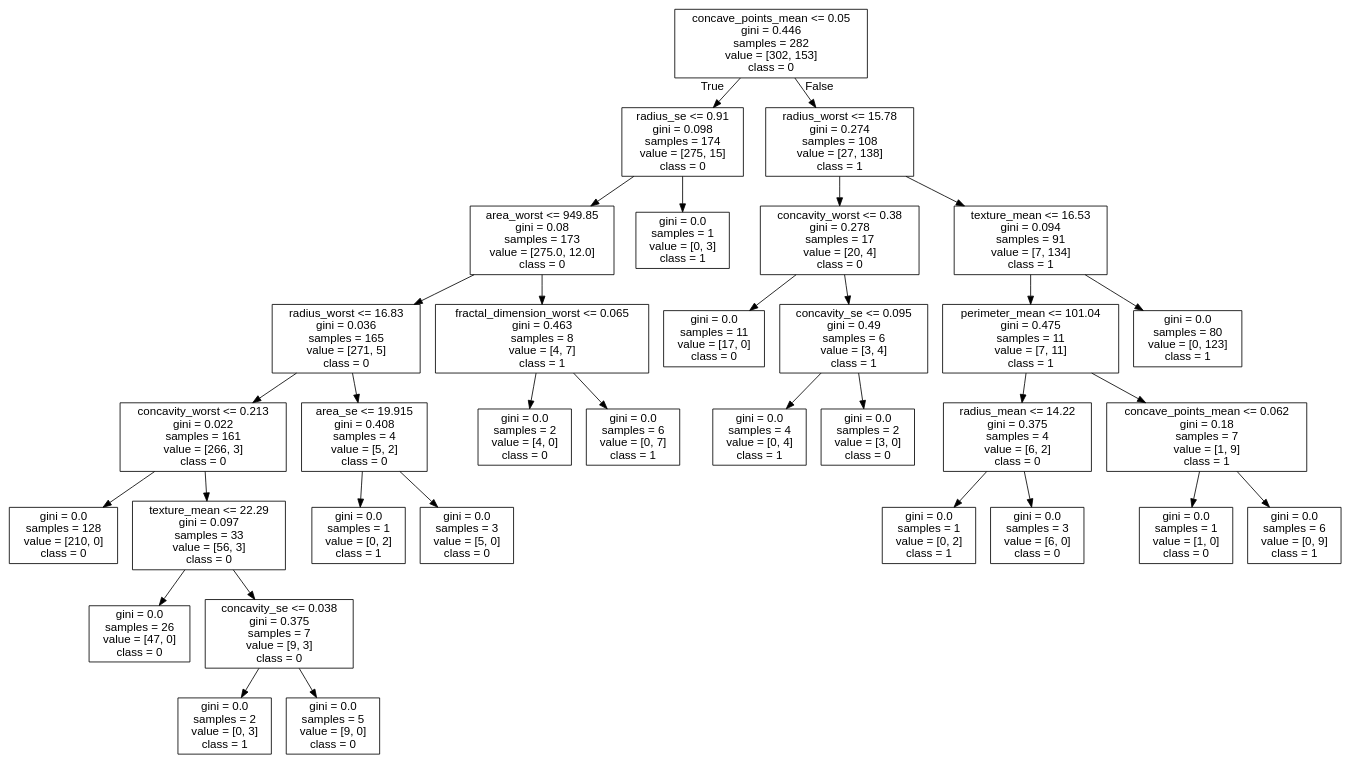
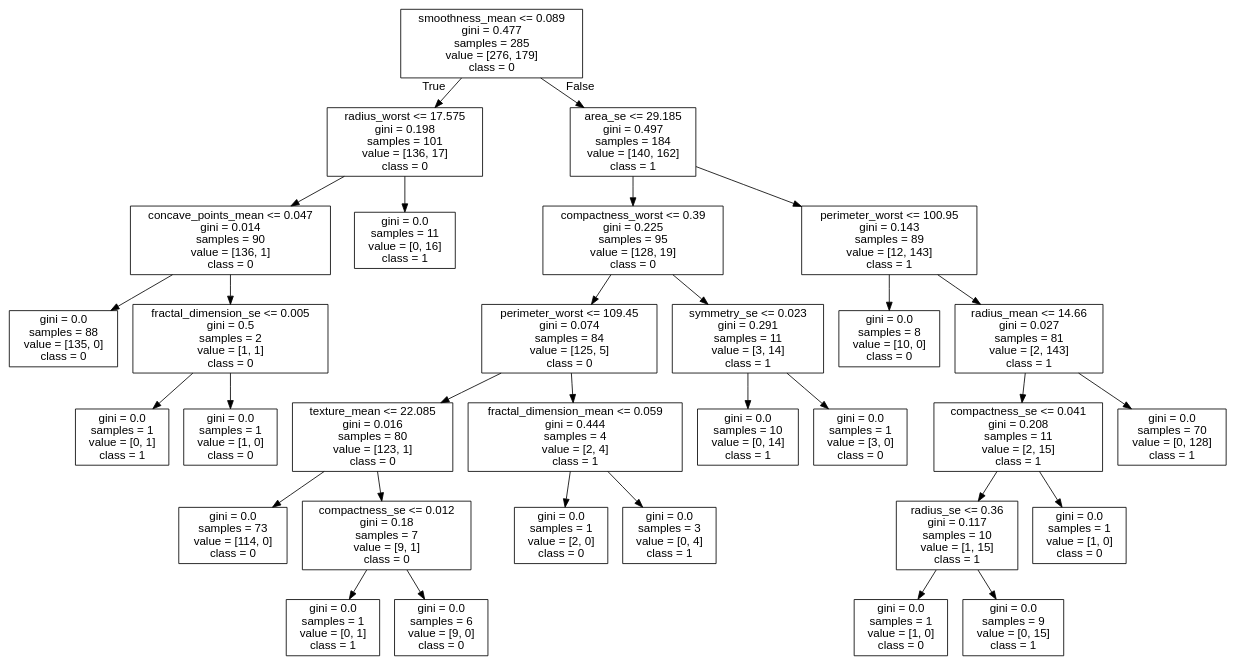
One commit to cyrilvincent/mlops changed the diagram in data/cancer/tree.dot. Above: the diagram before and after it, drawn with Graphviz. The commit also changed 20 other files, not shown here.

```diff
--- a/data/cancer/tree.dot
+++ b/data/cancer/tree.dot
@@ -1,69 +1,65 @@
 digraph Tree {
 node [shape=box, fontname="helvetica"] ;
 edge [fontname="helvetica"] ;
-0 [label="concave_points_mean <= 0.05\ngini = 0.446\nsamples = 282\nvalue = [302, 153]\nclass = 0"] ;
-1 [label="radius_se <= 0.91\ngini = 0.098\nsamples = 174\nvalue = [275, 15]\nclass = 0"] ;
+0 [label="smoothness_mean <= 0.089\ngini = 0.477\nsamples = 285\nvalue = [276, 179]\nclass = 0"] ;
+1 [label="radius_worst <= 17.575\ngini = 0.198\nsamples = 101\nvalue = [136, 17]\nclass = 0"] ;
 0 -> 1 [labeldistance=2.5, labelangle=45, headlabel="True"] ;
-2 [label="area_worst <= 949.85\ngini = 0.08\nsamples = 173\nvalue = [275.0, 12.0]\nclass = 0"] ;
+2 [label="concave_points_mean <= 0.047\ngini = 0.014\nsamples = 90\nvalue = [136, 1]\nclass = 0"] ;
 1 -> 2 ;
-3 [label="radius_worst <= 16.83\ngini = 0.036\nsamples = 165\nvalue = [271, 5]\nclass = 0"] ;
+3 [label="gini = 0.0\nsamples = 88\nvalue = [135, 0]\nclass = 0"] ;
 2 -> 3 ;
-4 [label="concavity_worst <= 0.213\ngini = 0.022\nsamples = 161\nvalue = [266, 3]\nclass = 0"] ;
-3 -> 4 ;
-5 [label="gini = 0.0\nsamples = 128\nvalue = [210, 0]\nclass = 0"] ;
+4 [label="fractal_dimension_se <= 0.005\ngini = 0.5\nsamples = 2\nvalue = [1, 1]\nclass = 0"] ;
+2 -> 4 ;
+5 [label="gini = 0.0\nsamples = 1\nvalue = [0, 1]\nclass = 1"] ;
 4 -> 5 ;
-6 [label="texture_mean <= 22.29\ngini = 0.097\nsamples = 33\nvalue = [56, 3]\nclass = 0"] ;
+6 [label="gini = 0.0\nsamples = 1\nvalue = [1, 0]\nclass = 0"] ;
 4 -> 6 ;
-7 [label="gini = 0.0\nsamples = 26\nvalue = [47, 0]\nclass = 0"] ;
-6 -> 7 ;
-8 [label="concavity_se <= 0.038\ngini = 0.375\nsamples = 7\nvalue = [9, 3]\nclass = 0"] ;
-6 -> 8 ;
-9 [label="gini = 0.0\nsamples = 2\nvalue = [0, 3]\nclass = 1"] ;
+7 [label="gini = 0.0\nsamples = 11\nvalue = [0, 16]\nclass = 1"] ;
+1 -> 7 ;
+8 [label="area_se <= 29.185\ngini = 0.497\nsamples = 184\nvalue = [140, 162]\nclass = 1"] ;
+0 -> 8 [labeldistance=2.5, labelangle=-45, headlabel="False"] ;
+9 [label="compactness_worst <= 0.39\ngini = 0.225\nsamples = 95\nvalue = [128, 19]\nclass = 0"] ;
 8 -> 9 ;
-10 [label="gini = 0.0\nsamples = 5\nvalue = [9, 0]\nclass = 0"] ;
-8 -> 10 ;
-11 [label="area_se <= 19.915\ngini = 0.408\nsamples = 4\nvalue = [5, 2]\nclass = 0"] ;
-3 -> 11 ;
-12 [label="gini = 0.0\nsamples = 1\nvalue = [0, 2]\nclass = 1"] ;
+10 [label="perimeter_worst <= 109.45\ngini = 0.074\nsamples = 84\nvalue = [125, 5]\nclass = 0"] ;
+9 -> 10 ;
+11 [label="texture_mean <= 22.085\ngini = 0.016\nsamples = 80\nvalue = [123, 1]\nclass = 0"] ;
+10 -> 11 ;
+12 [label="gini = 0.0\nsamples = 73\nvalue = [114, 0]\nclass = 0"] ;
 11 -> 12 ;
-13 [label="gini = 0.0\nsamples = 3\nvalue = [5, 0]\nclass = 0"] ;
+13 [label="compactness_se <= 0.012\ngini = 0.18\nsamples = 7\nvalue = [9, 1]\nclass = 0"] ;
 11 -> 13 ;
-14 [label="fractal_dimension_worst <= 0.065\ngini = 0.463\nsamples = 8\nvalue = [4, 7]\nclass = 1"] ;
-2 -> 14 ;
-15 [label="gini = 0.0\nsamples = 2\nvalue = [4, 0]\nclass = 0"] ;
-14 -> 15 ;
-16 [label="gini = 0.0\nsamples = 6\nvalue = [0, 7]\nclass = 1"] ;
-14 -> 16 ;
-17 [label="gini = 0.0\nsamples = 1\nvalue = [0, 3]\nclass = 1"] ;
-1 -> 17 ;
-18 [label="radius_worst <= 15.78\ngini = 0.274\nsamples = 108\nvalue = [27, 138]\nclass = 1"] ;
-0 -> 18 [labeldistance=2.5, labelangle=-45, headlabel="False"] ;
-19 [label="concavity_worst <= 0.38\ngini = 0.278\nsamples = 17\nvalue = [20, 4]\nclass = 0"] ;
-18 -> 19 ;
-20 [label="gini = 0.0\nsamples = 11\nvalue = [17, 0]\nclass = 0"] ;
+14 [label="gini = 0.0\nsamples = 1\nvalue = [0, 1]\nclass = 1"] ;
+13 -> 14 ;
+15 [label="gini = 0.0\nsamples = 6\nvalue = [9, 0]\nclass = 0"] ;
+13 -> 15 ;
+16 [label="fractal_dimension_mean <= 0.059\ngini = 0.444\nsamples = 4\nvalue = [2, 4]\nclass = 1"] ;
+10 -> 16 ;
+17 [label="gini = 0.0\nsamples = 1\nvalue = [2, 0]\nclass = 0"] ;
+16 -> 17 ;
+18 [label="gini = 0.0\nsamples = 3\nvalue = [0, 4]\nclass = 1"] ;
+16 -> 18 ;
+19 [label="symmetry_se <= 0.023\ngini = 0.291\nsamples = 11\nvalue = [3, 14]\nclass = 1"] ;
+9 -> 19 ;
+20 [label="gini = 0.0\nsamples = 10\nvalue = [0, 14]\nclass = 1"] ;
 19 -> 20 ;
-21 [label="concavity_se <= 0.095\ngini = 0.49\nsamples = 6\nvalue = [3, 4]\nclass = 1"] ;
+21 [label="gini = 0.0\nsamples = 1\nvalue = [3, 0]\nclass = 0"] ;
 19 -> 21 ;
-22 [label="gini = 0.0\nsamples = 4\nvalue = [0, 4]\nclass = 1"] ;
-21 -> 22 ;
-23 [label="gini = 0.0\nsamples = 2\nvalue = [3, 0]\nclass = 0"] ;
-21 -> 23 ;
-24 [label="texture_mean <= 16.53\ngini = 0.094\nsamples = 91\nvalue = [7, 134]\nclass = 1"] ;
-18 -> 24 ;
-25 [label="perimeter_mean <= 101.04\ngini = 0.475\nsamples = 11\nvalue = [7, 11]\nclass = 1"] ;
+22 [label="perimeter_worst <= 100.95\ngini = 0.143\nsamples = 89\nvalue = [12, 143]\nclass = 1"] ;
+8 -> 22 ;
+23 [label="gini = 0.0\nsamples = 8\nvalue = [10, 0]\nclass = 0"] ;
+22 -> 23 ;
+24 [label="radius_mean <= 14.66\ngini = 0.027\nsamples = 81\nvalue = [2, 143]\nclass = 1"] ;
+22 -> 24 ;
+25 [label="compactness_se <= 0.041\ngini = 0.208\nsamples = 11\nvalue = [2, 15]\nclass = 1"] ;
 24 -> 25 ;
-26 [label="radius_mean <= 14.22\ngini = 0.375\nsamples = 4\nvalue = [6, 2]\nclass = 0"] ;
+26 [label="radius_se <= 0.36\ngini = 0.117\nsamples = 10\nvalue = [1, 15]\nclass = 1"] ;
 25 -> 26 ;
-27 [label="gini = 0.0\nsamples = 1\nvalue = [0, 2]\nclass = 1"] ;
+27 [label="gini = 0.0\nsamples = 1\nvalue = [1, 0]\nclass = 0"] ;
 26 -> 27 ;
-28 [label="gini = 0.0\nsamples = 3\nvalue = [6, 0]\nclass = 0"] ;
+28 [label="gini = 0.0\nsamples = 9\nvalue = [0, 15]\nclass = 1"] ;
 26 -> 28 ;
-29 [label="concave_points_mean <= 0.062\ngini = 0.18\nsamples = 7\nvalue = [1, 9]\nclass = 1"] ;
+29 [label="gini = 0.0\nsamples = 1\nvalue = [1, 0]\nclass = 0"] ;
 25 -> 29 ;
-30 [label="gini = 0.0\nsamples = 1\nvalue = [1, 0]\nclass = 0"] ;
-29 -> 30 ;
-31 [label="gini = 0.0\nsamples = 6\nvalue = [0, 9]\nclass = 1"] ;
-29 -> 31 ;
-32 [label="gini = 0.0\nsamples = 80\nvalue = [0, 123]\nclass = 1"] ;
-24 -> 32 ;
+30 [label="gini = 0.0\nsamples = 70\nvalue = [0, 128]\nclass = 1"] ;
+24 -> 30 ;
 }
```
